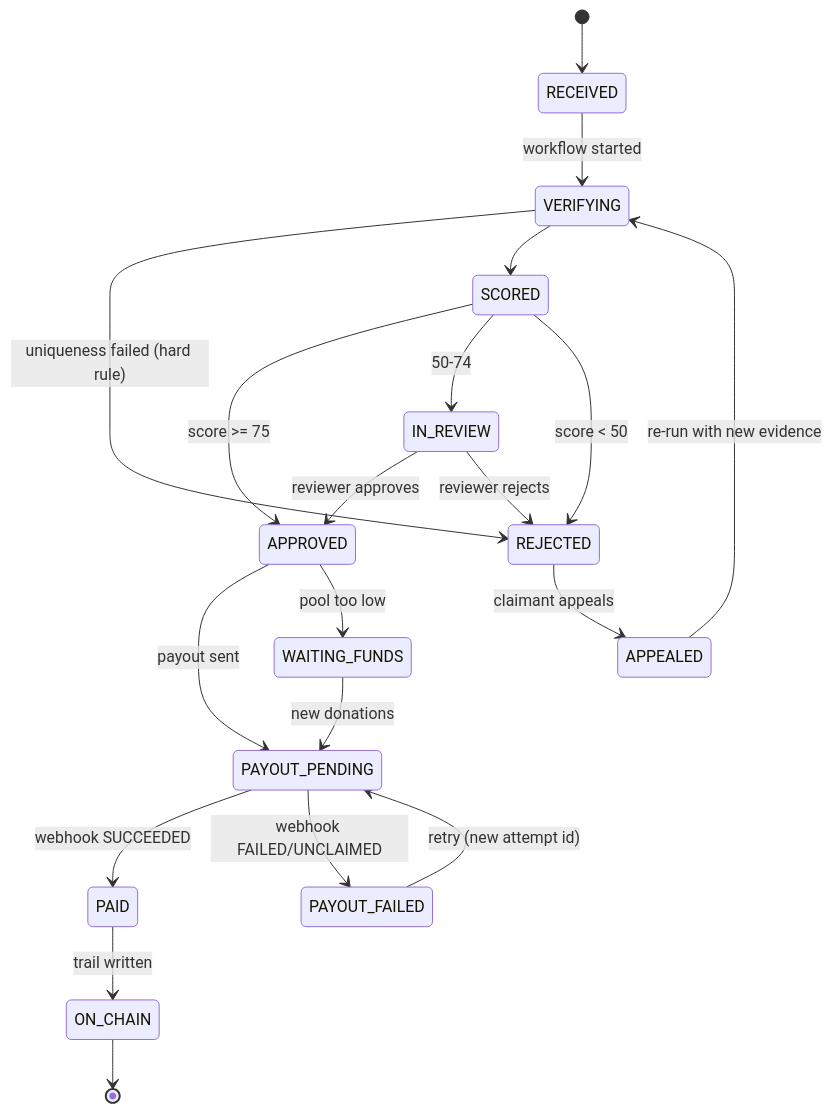
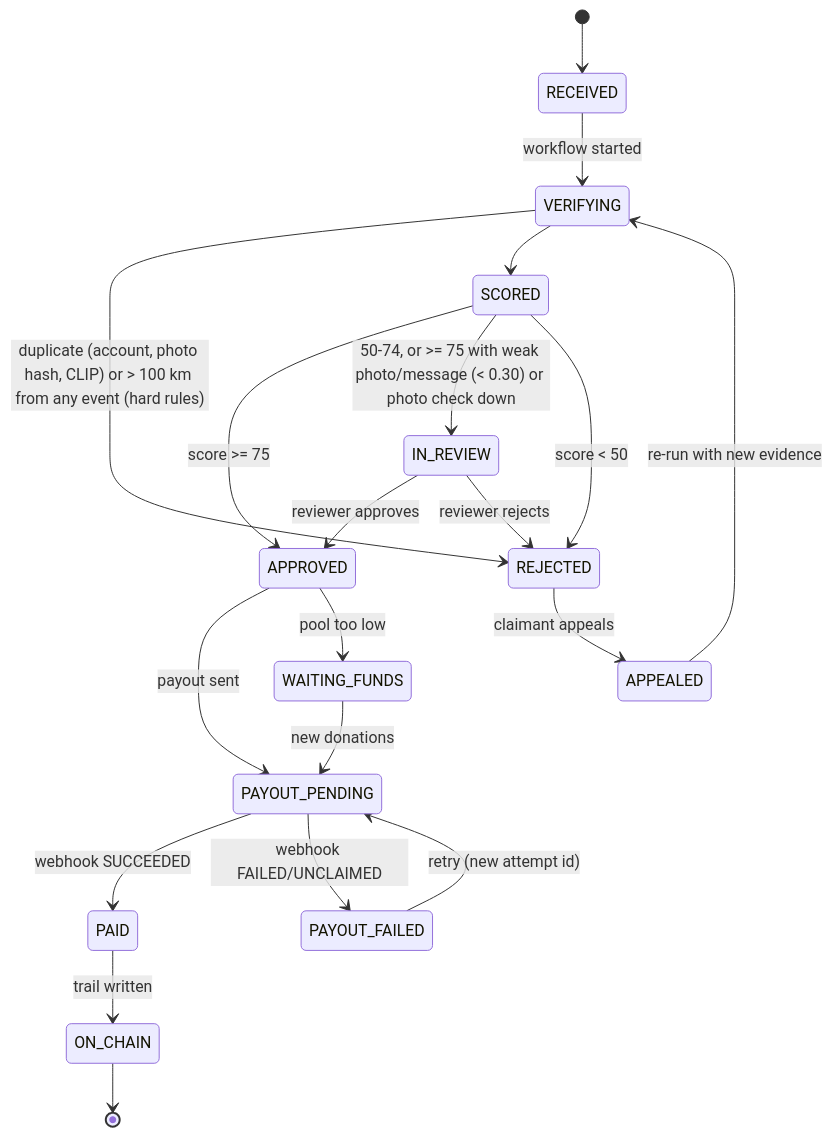
The third of 4 diagrams in architecture.md (Adish7Pandya/relief-stream), drawn with Mermaid before and after one commit. The commit also changed other lines of this file and 81 other files, not shown here.

````diff
--- a/architecture.md
+++ b/architecture.md
@@ -136,22 +138,22 @@
 ```mermaid
 stateDiagram-v2
     [*] --> RECEIVED
     RECEIVED --> VERIFYING: workflow started
-    VERIFYING --> REJECTED: uniqueness failed (hard rule)
+    VERIFYING --> REJECTED: duplicate (account, photo hash, CLIP) or > 100 km from any event (hard rules)
     VERIFYING --> SCORED
     SCORED --> APPROVED: score >= 75
-    SCORED --> IN_REVIEW: 50-74
+    SCORED --> IN_REVIEW: 50-74, or >= 75 with weak photo/message (< 0.30) or photo check down
     SCORED --> REJECTED: score < 50
     IN_REVIEW --> APPROVED: reviewer approves
     IN_REVIEW --> REJECTED: reviewer rejects
     REJECTED --> APPEALED: claimant appeals
     APPEALED --> VERIFYING: re-run with new evidence
     APPROVED --> PAYOUT_PENDING: payout sent
     APPROVED --> WAITING_FUNDS: pool too low
     WAITING_FUNDS --> PAYOUT_PENDING: new donations
     PAYOUT_PENDING --> PAID: webhook SUCCEEDED
     PAYOUT_PENDING --> PAYOUT_FAILED: webhook FAILED/UNCLAIMED
     PAYOUT_FAILED --> PAYOUT_PENDING: retry (new attempt id)
     PAID --> ON_CHAIN: trail written
     ON_CHAIN --> [*]
 ```
````
